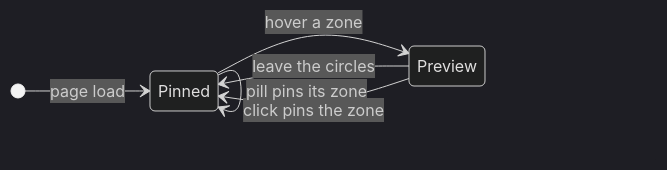
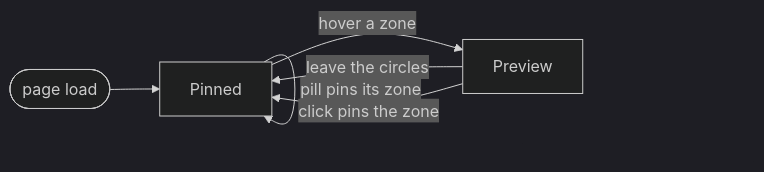
One commit to FranklinP44/ikigai changed the diagram in droid-wiki/features/zone-exploration.md. Above: the diagram before and after it, drawn with Mermaid (dark theme). The commit also changed other lines of this file and 30 other files, not shown here.

````diff
--- a/droid-wiki/features/zone-exploration.md
+++ b/droid-wiki/features/zone-exploration.md
@@ -40,9 +47,8 @@
 ```mermaid
-stateDiagram-v2
-    direction LR
-    [*] --> Pinned: page load
-    Pinned --> Preview: hover a zone
-    Preview --> Pinned: leave the circles
-    Preview --> Pinned: click pins the zone
-    Pinned --> Pinned: pill pins its zone
+graph LR
+    Load([page load]) --> Pinned
+    Pinned -->|hover a zone| Preview
+    Preview -->|leave the circles| Pinned
+    Preview -->|click pins the zone| Pinned
+    Pinned -->|pill pins its zone| Pinned
 ```
````
